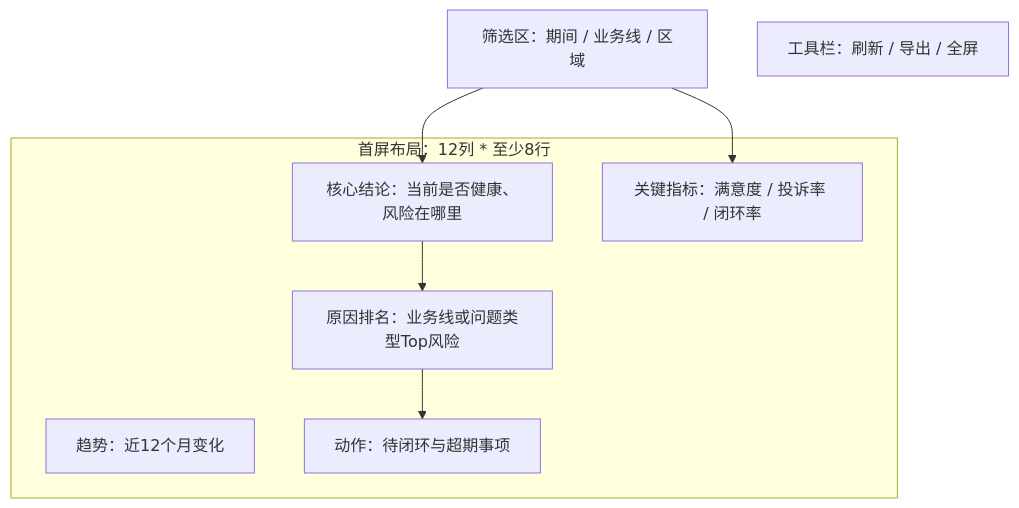
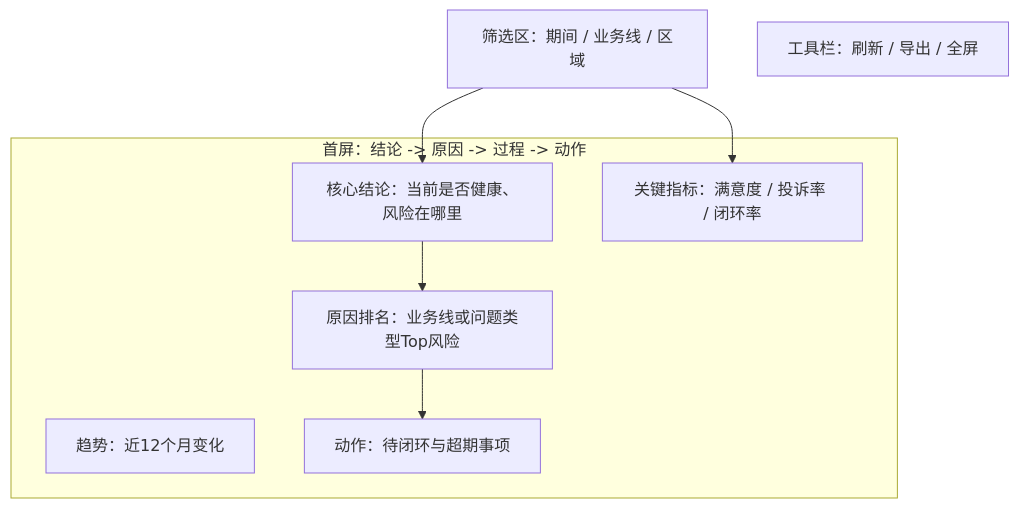
Before and after one commit to 331819353/report_development_whole_process_prototype_skills: the second of 2 diagrams in report-prd-document-generation/references/prd-output-structure.md, drawn with Mermaid. The commit also changed other lines of this file and 29 other files, not shown here.

````diff
--- a/report-prd-document-generation/references/prd-output-structure.md
+++ b/report-prd-document-generation/references/prd-output-structure.md
@@ -282,16 +100,16 @@
 ```mermaid
 flowchart TB
   F["筛选区：期间 / 业务线 / 区域"]
   T["工具栏：刷新 / 导出 / 全屏"]
-  subgraph V["首屏布局：12列 * 至少8行"]
+  subgraph V["首屏：结论 -> 原因 -> 过程 -> 动作"]
     B1["核心结论：当前是否健康、风险在哪里"]
     B2["关键指标：满意度 / 投诉率 / 闭环率"]
     B3["原因排名：业务线或问题类型Top风险"]
     B4["趋势：近12个月变化"]
     B5["动作：待闭环与超期事项"]
   end
   F --> B1
   F --> B2
   B1 --> B3
   B3 --> B5
 ```
````
